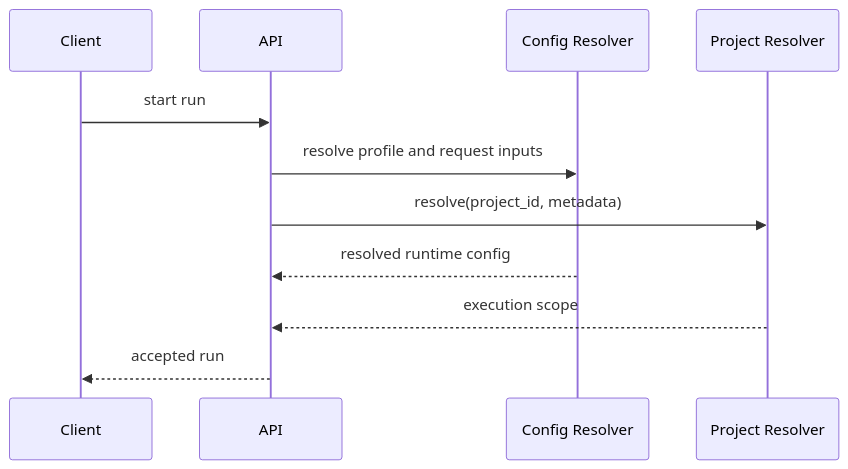
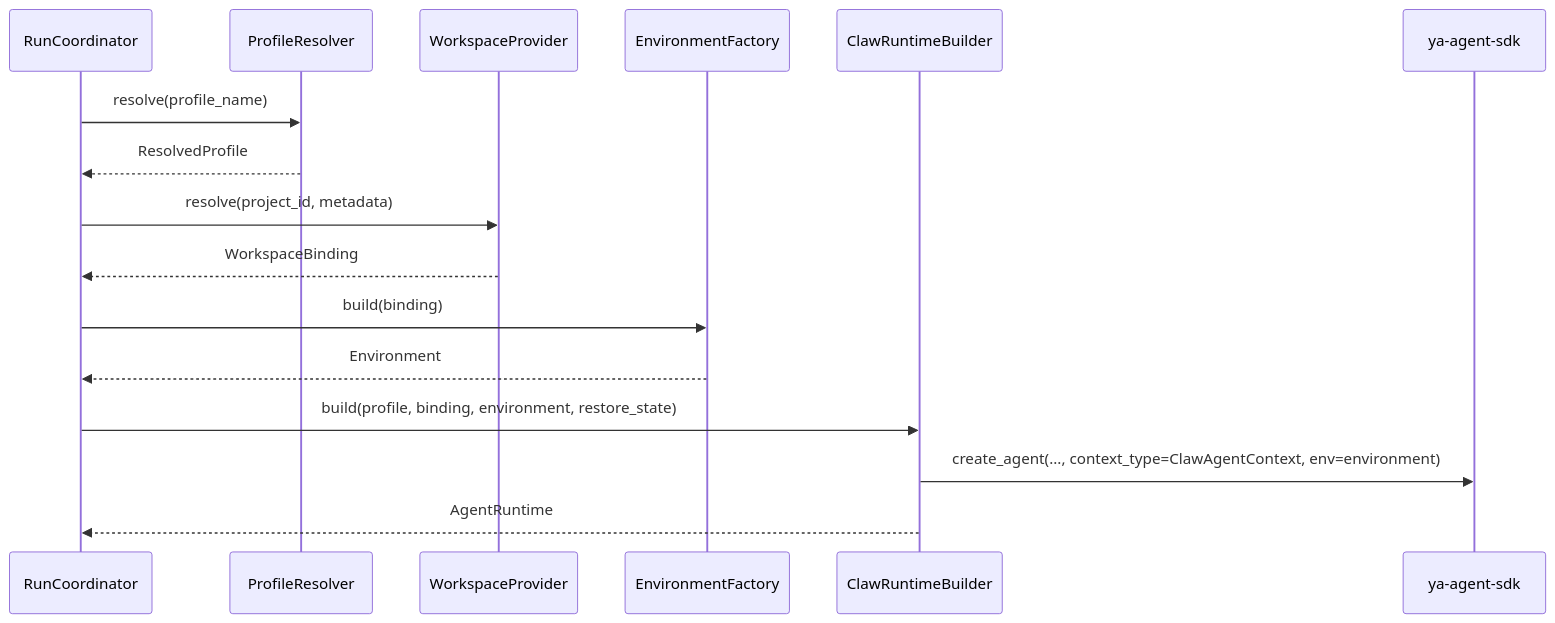
The second of 2 diagrams in packages/ya-claw/spec/01-configuration-and-workspace-provider.md (Wh1isper/ya-mono), drawn with Mermaid before and after one commit. The commit also changed other lines of this file and 59 other files, not shown here.

First line of the commit message:
feat(ya-claw): standardize AGUI replay and runtime defaults (#126)

````diff
--- a/packages/ya-claw/spec/01-configuration-and-workspace-provider.md
+++ b/packages/ya-claw/spec/01-configuration-and-workspace-provider.md
@@ -110,14 +205,19 @@
 ```mermaid
 sequenceDiagram
-    participant Client
-    participant API
-    participant CFG as Config Resolver
-    participant PROJ as Project Resolver
+    participant COORD as RunCoordinator
+    participant PROF as ProfileResolver
+    participant PROV as WorkspaceProvider
+    participant ENVF as EnvironmentFactory
+    participant BUILD as ClawRuntimeBuilder
+    participant SDK as ya-agent-sdk
 
-    Client->>API: start run
-    API->>CFG: resolve profile and request inputs
-    API->>PROJ: resolve(project_id, metadata)
-    CFG-->>API: resolved runtime config
-    PROJ-->>API: execution scope
-    API-->>Client: accepted run
+    COORD->>PROF: resolve(profile_name)
+    PROF-->>COORD: ResolvedProfile
+    COORD->>PROV: resolve(project_id, metadata)
+    PROV-->>COORD: WorkspaceBinding
+    COORD->>ENVF: build(binding)
+    ENVF-->>COORD: Environment
+    COORD->>BUILD: build(profile, binding, environment, restore_state)
+    BUILD->>SDK: create_agent(..., context_type=ClawAgentContext, env=environment)
+    BUILD-->>COORD: AgentRuntime
 ```
````
